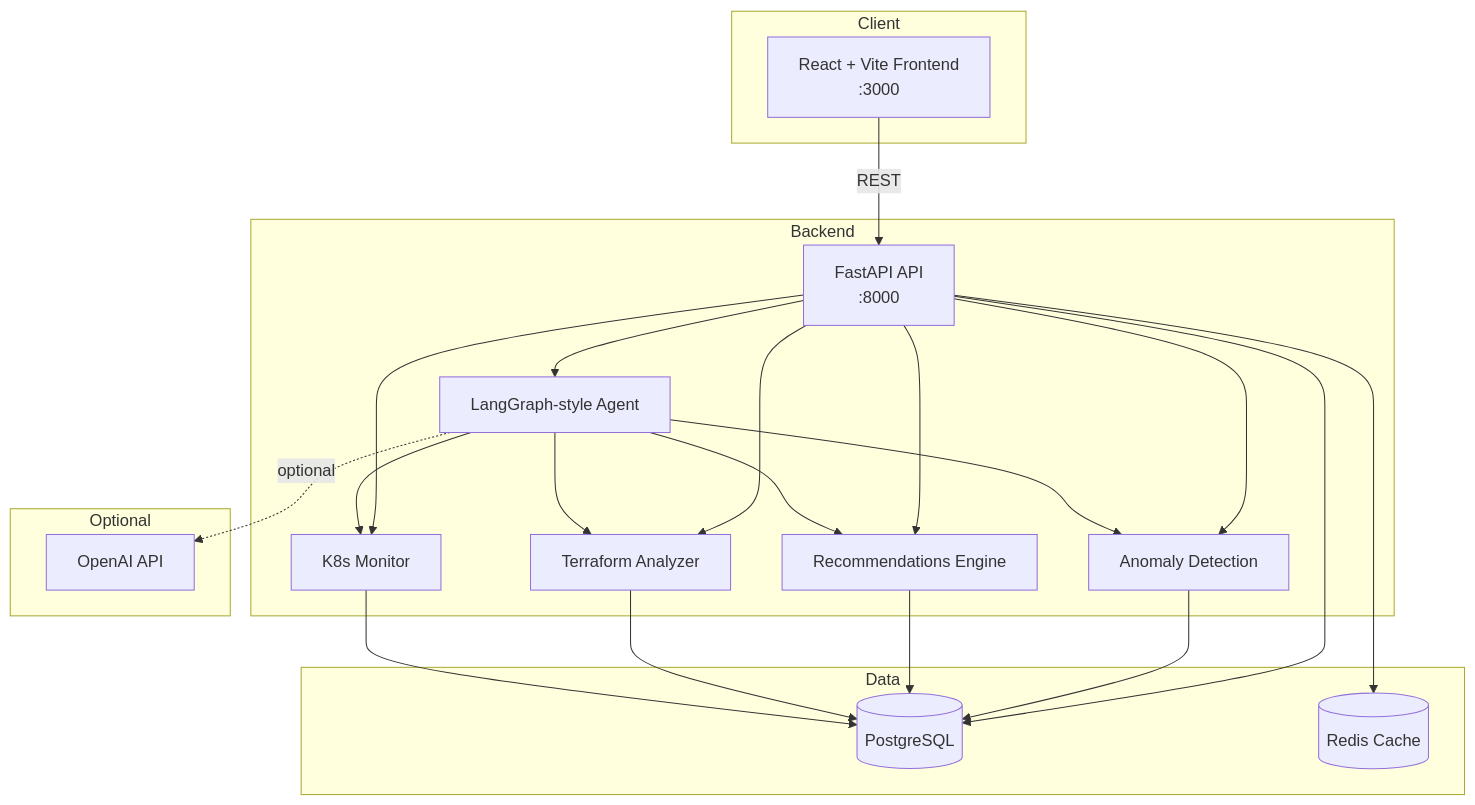
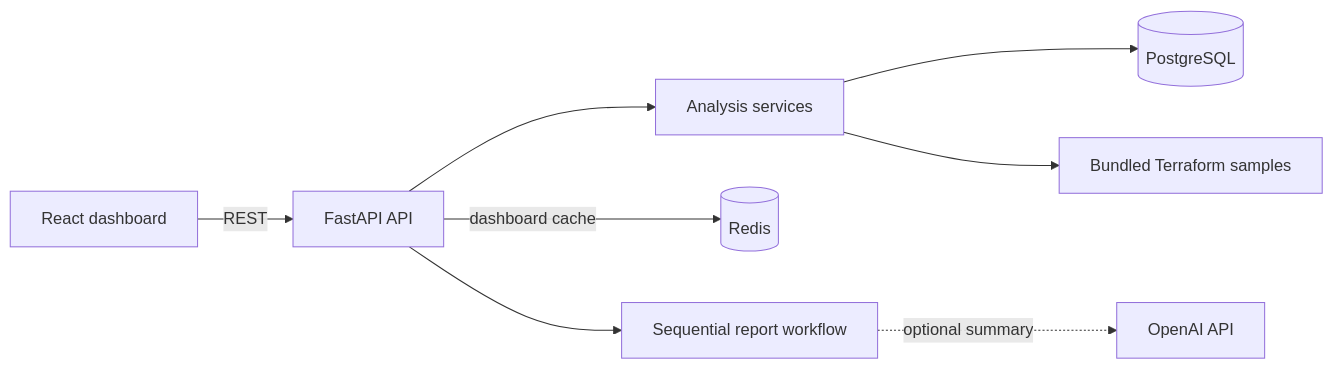
The diagram in README.md (KevanMehta/ai-cloudops-platform), drawn with Mermaid before and after one commit. The commit also changed other lines of this file and 13 other files, not shown here.

````diff
--- a/README.md
+++ b/README.md
@@ -24,42 +28,10 @@
 ```mermaid
-flowchart TB
-    subgraph Client
-        FE[React + Vite Frontend<br/>:3000]
-    end
-
-    subgraph Backend
-        API[FastAPI API<br/>:8000]
-        AGENT[LangGraph-style Agent]
-        ANOM[Anomaly Detection]
-        REC[Recommendations Engine]
-        TF[Terraform Analyzer]
-        K8S[K8s Monitor]
-    end
-
-    subgraph Data
-        PG[(PostgreSQL)]
-        RD[(Redis Cache)]
-    end
-
-    subgraph Optional
-        OAI[OpenAI API]
-    end
-
-    FE -->|REST| API
-    API --> AGENT
-    API --> ANOM
-    API --> REC
-    API --> TF
-    API --> K8S
-    AGENT --> ANOM
-    AGENT --> REC
-    AGENT --> TF
-    AGENT --> K8S
-    AGENT -.->|optional| OAI
-    API --> PG
-    API --> RD
-    ANOM --> PG
-    REC --> PG
-    TF --> PG
-    K8S --> PG
+flowchart LR
+    Browser[React dashboard] -->|REST| API[FastAPI API]
+    API --> Services[Analysis services]
+    Services --> DB[(PostgreSQL)]
+    API -->|dashboard cache| Redis[(Redis)]
+    Services --> Samples[Bundled Terraform samples]
+    API --> Workflow[Sequential report workflow]
+    Workflow -. optional summary .-> OpenAI[OpenAI API]
 ```
````
